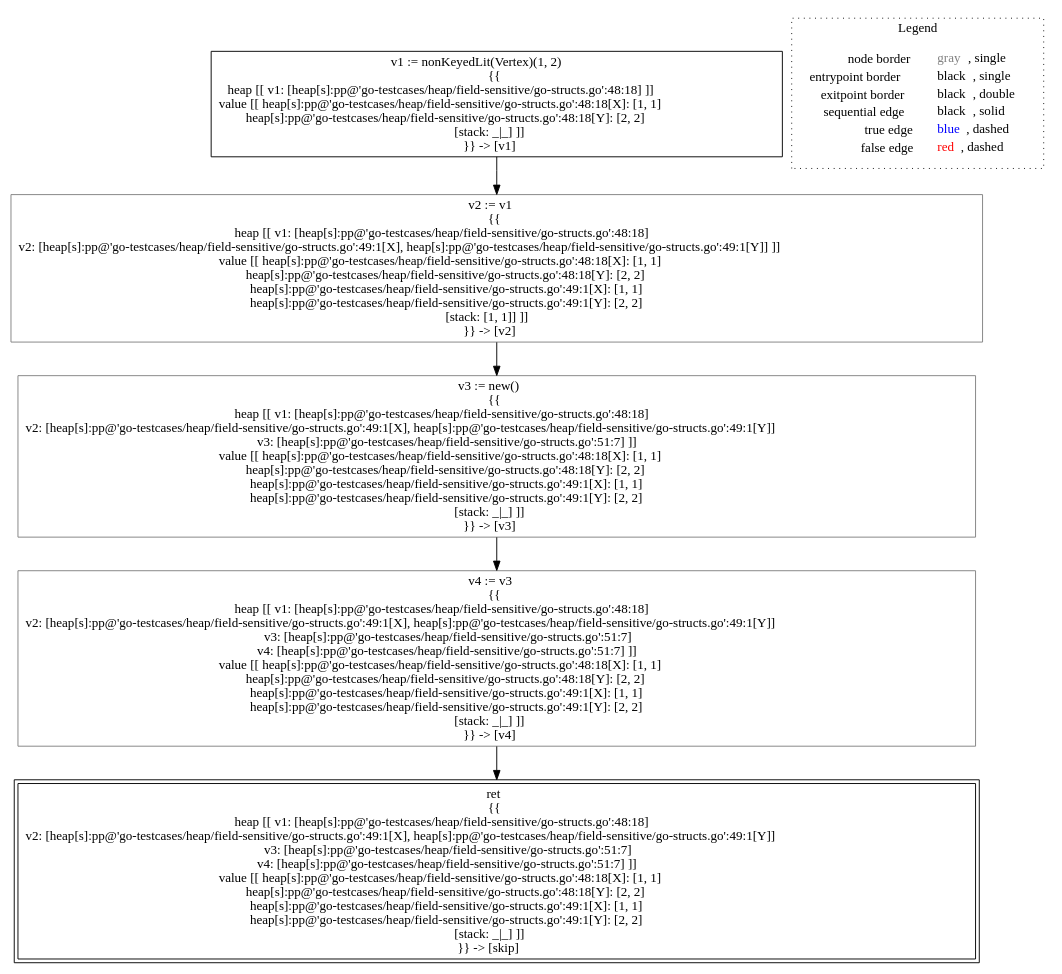
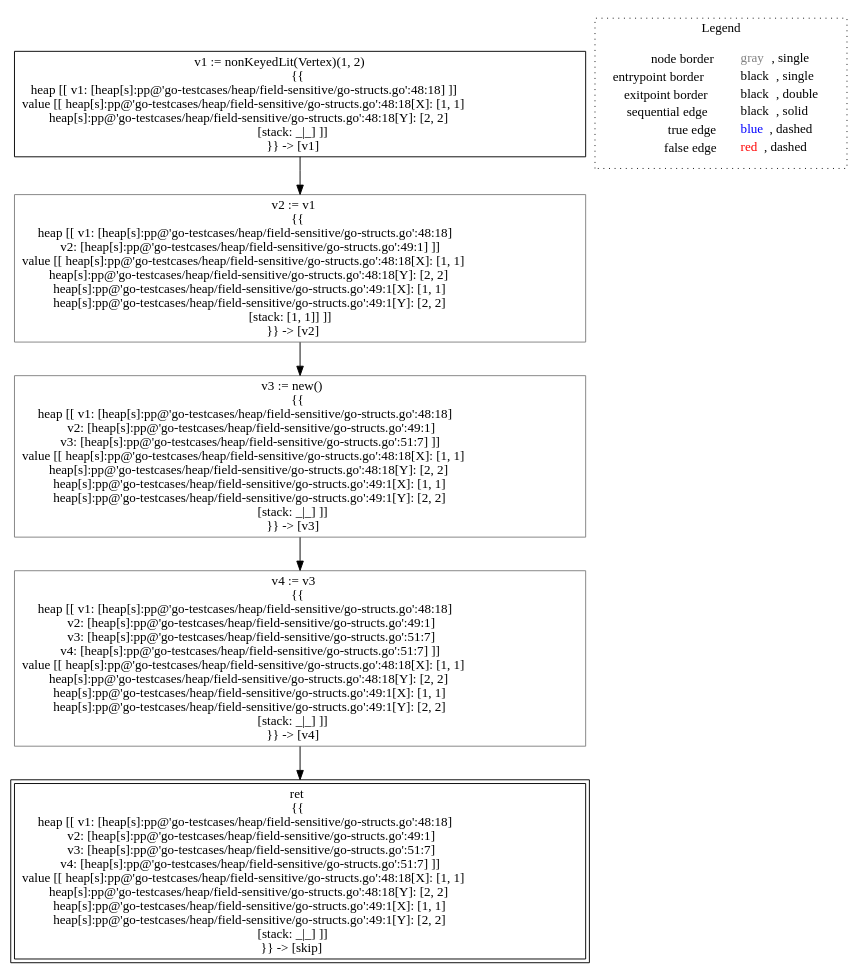
Before and after one commit to lisa-analyzer/go-lisa: the diagram in go-lisa/go-testcases/heap/field-sensitive/analysis___untyped_main.aliasing().dot, drawn with Graphviz. The commit also changed 4 other files, not shown here.

Commit message:
Refactor heap tests, fixed field sensitive analysis

```diff
--- a/go-lisa/go-testcases/heap/field-sensitive/analysis___untyped_main.aliasing().dot
+++ b/go-lisa/go-testcases/heap/field-sensitive/analysis___untyped_main.aliasing().dot
@@ -1,18 +1,18 @@
 digraph {
 	"node0" [shape="rect",color="black",label=<v1 := nonKeyedLit(Vertex)(1, 2)<BR/>{{<BR/>heap [[ v1: [heap[s]:pp@'go-testcases/heap/field-sensitive/go-structs.go':48:18] ]]<BR/>value [[ heap[s]:pp@'go-testcases/heap/field-sensitive/go-structs.go':48:18[X]: [1, 1]<BR/>heap[s]:pp@'go-testcases/heap/field-sensitive/go-structs.go':48:18[Y]: [2, 2]<BR/>[stack: _|_] ]]<BR/>}} -&gt; [v1]>];
-	"node1" [shape="rect",color="gray",label=<v2 := v1<BR/>{{<BR/>heap [[ v1: [heap[s]:pp@'go-testcases/heap/field-sensitive/go-structs.go':48:18]<BR/>v2: [heap[s]:pp@'go-testcases/heap/field-sensitive/go-structs.go':49:1[X], heap[s]:pp@'go-testcases/heap/field-sensitive/go-structs.go':49:1[Y]] ]]<BR/>value [[ heap[s]:pp@'go-testcases/heap/field-sensitive/go-structs.go':48:18[X]: [1, 1]<BR/>heap[s]:pp@'go-testcases/heap/field-sensitive/go-structs.go':48:18[Y]: [2, 2]<BR/>heap[s]:pp@'go-testcases/heap/field-sensitive/go-structs.go':49:1[X]: [1, 1]<BR/>heap[s]:pp@'go-testcases/heap/field-sensitive/go-structs.go':49:1[Y]: [2, 2]<BR/>[stack: [1, 1]] ]]<BR/>}} -&gt; [v2]>];
-	"node2" [shape="rect",color="black",peripheries="2",label=<ret<BR/>{{<BR/>heap [[ v1: [heap[s]:pp@'go-testcases/heap/field-sensitive/go-structs.go':48:18]<BR/>v2: [heap[s]:pp@'go-testcases/heap/field-sensitive/go-structs.go':49:1[X], heap[s]:pp@'go-testcases/heap/field-sensitive/go-structs.go':49:1[Y]]<BR/>v3: [heap[s]:pp@'go-testcases/heap/field-sensitive/go-structs.go':51:7]<BR/>v4: [heap[s]:pp@'go-testcases/heap/field-sensitive/go-structs.go':51:7] ]]<BR/>value [[ heap[s]:pp@'go-testcases/heap/field-sensitive/go-structs.go':48:18[X]: [1, 1]<BR/>heap[s]:pp@'go-testcases/heap/field-sensitive/go-structs.go':48:18[Y]: [2, 2]<BR/>heap[s]:pp@'go-testcases/heap/field-sensitive/go-structs.go':49:1[X]: [1, 1]<BR/>heap[s]:pp@'go-testcases/heap/field-sensitive/go-structs.go':49:1[Y]: [2, 2]<BR/>[stack: _|_] ]]<BR/>}} -&gt; [skip]>];
-	"node3" [shape="rect",color="gray",label=<v3 := new()<BR/>{{<BR/>heap [[ v1: [heap[s]:pp@'go-testcases/heap/field-sensitive/go-structs.go':48:18]<BR/>v2: [heap[s]:pp@'go-testcases/heap/field-sensitive/go-structs.go':49:1[X], heap[s]:pp@'go-testcases/heap/field-sensitive/go-structs.go':49:1[Y]]<BR/>v3: [heap[s]:pp@'go-testcases/heap/field-sensitive/go-structs.go':51:7] ]]<BR/>value [[ heap[s]:pp@'go-testcases/heap/field-sensitive/go-structs.go':48:18[X]: [1, 1]<BR/>heap[s]:pp@'go-testcases/heap/field-sensitive/go-structs.go':48:18[Y]: [2, 2]<BR/>heap[s]:pp@'go-testcases/heap/field-sensitive/go-structs.go':49:1[X]: [1, 1]<BR/>heap[s]:pp@'go-testcases/heap/field-sensitive/go-structs.go':49:1[Y]: [2, 2]<BR/>[stack: _|_] ]]<BR/>}} -&gt; [v3]>];
-	"node4" [shape="rect",color="gray",label=<v4 := v3<BR/>{{<BR/>heap [[ v1: [heap[s]:pp@'go-testcases/heap/field-sensitive/go-structs.go':48:18]<BR/>v2: [heap[s]:pp@'go-testcases/heap/field-sensitive/go-structs.go':49:1[X], heap[s]:pp@'go-testcases/heap/field-sensitive/go-structs.go':49:1[Y]]<BR/>v3: [heap[s]:pp@'go-testcases/heap/field-sensitive/go-structs.go':51:7]<BR/>v4: [heap[s]:pp@'go-testcases/heap/field-sensitive/go-structs.go':51:7] ]]<BR/>value [[ heap[s]:pp@'go-testcases/heap/field-sensitive/go-structs.go':48:18[X]: [1, 1]<BR/>heap[s]:pp@'go-testcases/heap/field-sensitive/go-structs.go':48:18[Y]: [2, 2]<BR/>heap[s]:pp@'go-testcases/heap/field-sensitive/go-structs.go':49:1[X]: [1, 1]<BR/>heap[s]:pp@'go-testcases/heap/field-sensitive/go-structs.go':49:1[Y]: [2, 2]<BR/>[stack: _|_] ]]<BR/>}} -&gt; [v4]>];
+	"node1" [shape="rect",color="gray",label=<v2 := v1<BR/>{{<BR/>heap [[ v1: [heap[s]:pp@'go-testcases/heap/field-sensitive/go-structs.go':48:18]<BR/>v2: [heap[s]:pp@'go-testcases/heap/field-sensitive/go-structs.go':49:1] ]]<BR/>value [[ heap[s]:pp@'go-testcases/heap/field-sensitive/go-structs.go':48:18[X]: [1, 1]<BR/>heap[s]:pp@'go-testcases/heap/field-sensitive/go-structs.go':48:18[Y]: [2, 2]<BR/>heap[s]:pp@'go-testcases/heap/field-sensitive/go-structs.go':49:1[X]: [1, 1]<BR/>heap[s]:pp@'go-testcases/heap/field-sensitive/go-structs.go':49:1[Y]: [2, 2]<BR/>[stack: [1, 1]] ]]<BR/>}} -&gt; [v2]>];
+	"node2" [shape="rect",color="black",peripheries="2",label=<ret<BR/>{{<BR/>heap [[ v1: [heap[s]:pp@'go-testcases/heap/field-sensitive/go-structs.go':48:18]<BR/>v2: [heap[s]:pp@'go-testcases/heap/field-sensitive/go-structs.go':49:1]<BR/>v3: [heap[s]:pp@'go-testcases/heap/field-sensitive/go-structs.go':51:7]<BR/>v4: [heap[s]:pp@'go-testcases/heap/field-sensitive/go-structs.go':51:7] ]]<BR/>value [[ heap[s]:pp@'go-testcases/heap/field-sensitive/go-structs.go':48:18[X]: [1, 1]<BR/>heap[s]:pp@'go-testcases/heap/field-sensitive/go-structs.go':48:18[Y]: [2, 2]<BR/>heap[s]:pp@'go-testcases/heap/field-sensitive/go-structs.go':49:1[X]: [1, 1]<BR/>heap[s]:pp@'go-testcases/heap/field-sensitive/go-structs.go':49:1[Y]: [2, 2]<BR/>[stack: _|_] ]]<BR/>}} -&gt; [skip]>];
+	"node3" [shape="rect",color="gray",label=<v3 := new()<BR/>{{<BR/>heap [[ v1: [heap[s]:pp@'go-testcases/heap/field-sensitive/go-structs.go':48:18]<BR/>v2: [heap[s]:pp@'go-testcases/heap/field-sensitive/go-structs.go':49:1]<BR/>v3: [heap[s]:pp@'go-testcases/heap/field-sensitive/go-structs.go':51:7] ]]<BR/>value [[ heap[s]:pp@'go-testcases/heap/field-sensitive/go-structs.go':48:18[X]: [1, 1]<BR/>heap[s]:pp@'go-testcases/heap/field-sensitive/go-structs.go':48:18[Y]: [2, 2]<BR/>heap[s]:pp@'go-testcases/heap/field-sensitive/go-structs.go':49:1[X]: [1, 1]<BR/>heap[s]:pp@'go-testcases/heap/field-sensitive/go-structs.go':49:1[Y]: [2, 2]<BR/>[stack: _|_] ]]<BR/>}} -&gt; [v3]>];
+	"node4" [shape="rect",color="gray",label=<v4 := v3<BR/>{{<BR/>heap [[ v1: [heap[s]:pp@'go-testcases/heap/field-sensitive/go-structs.go':48:18]<BR/>v2: [heap[s]:pp@'go-testcases/heap/field-sensitive/go-structs.go':49:1]<BR/>v3: [heap[s]:pp@'go-testcases/heap/field-sensitive/go-structs.go':51:7]<BR/>v4: [heap[s]:pp@'go-testcases/heap/field-sensitive/go-structs.go':51:7] ]]<BR/>value [[ heap[s]:pp@'go-testcases/heap/field-sensitive/go-structs.go':48:18[X]: [1, 1]<BR/>heap[s]:pp@'go-testcases/heap/field-sensitive/go-structs.go':48:18[Y]: [2, 2]<BR/>heap[s]:pp@'go-testcases/heap/field-sensitive/go-structs.go':49:1[X]: [1, 1]<BR/>heap[s]:pp@'go-testcases/heap/field-sensitive/go-structs.go':49:1[Y]: [2, 2]<BR/>[stack: _|_] ]]<BR/>}} -&gt; [v4]>];
 	"node1" -> "node3" [color="black"];
 	"node0" -> "node1" [color="black"];
 	"node3" -> "node4" [color="black"];
 	"node4" -> "node2" [color="black"];
 subgraph cluster_legend {
 	label="Legend";
 	style=dotted;
 	node [shape=plaintext];
 	"legend" [label=<<table border="0" cellpadding="2" cellspacing="0" cellborder="0"><tr><td align="right">node border&nbsp;</td><td align="left"><font color="gray">gray</font>, single</td></tr><tr><td align="right">entrypoint border&nbsp;</td><td align="left"><font color="black">black</font>, single</td></tr><tr><td align="right">exitpoint border&nbsp;</td><td align="left"><font color="black">black</font>, double</td></tr><tr><td align="right">sequential edge&nbsp;</td><td align="left"><font color="black">black</font>, solid</td></tr><tr><td align="right">true edge&nbsp;</td><td align="left"><font color="blue">blue</font>, dashed</td></tr><tr><td align="right">false edge&nbsp;</td><td align="left"><font color="red">red</font>, dashed</td></tr></table>>];
 }
 
 }
```
